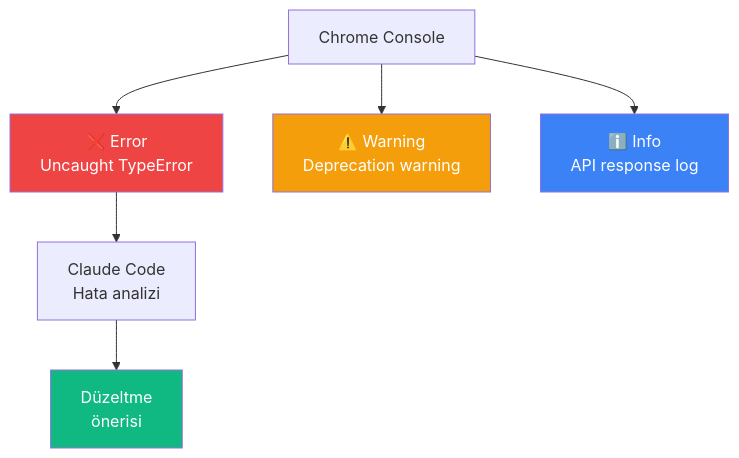
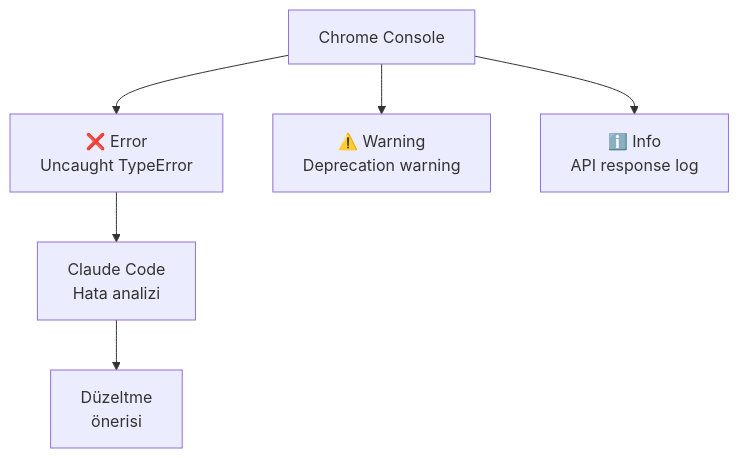
One commit to IzzetYasinAtes/ClaudeCodeHandbook changed the third of 4 diagrams in 15-entegrasyonlar/05-chrome-entegrasyonu.md. Above: the diagram before and after it, drawn with Mermaid. The commit also changed other lines of this file and 97 other files, not shown here.

Commit message:
Remove all custom Mermaid style/fill colors from 98 markdown files for consistent dark theme rendering

````diff
--- a/15-entegrasyonlar/05-chrome-entegrasyonu.md
+++ b/15-entegrasyonlar/05-chrome-entegrasyonu.md
@@ -112,16 +110,12 @@
 ```mermaid
 flowchart TB
     CH["Chrome Console"]
     
     CH --> E1["❌ Error<br/>Uncaught TypeError"]
     CH --> W1["⚠️ Warning<br/>Deprecation warning"]
     CH --> I1["ℹ️ Info<br/>API response log"]
 
     E1 --> CC["Claude Code<br/>Hata analizi"]
     CC --> FIX["Düzeltme<br/>önerisi"]
 
-    style E1 fill:#EF4444,color:#fff
-    style W1 fill:#F59E0B,color:#fff
-    style I1 fill:#3B82F6,color:#fff
-    style FIX fill:#10B981,color:#fff
 ```
````
